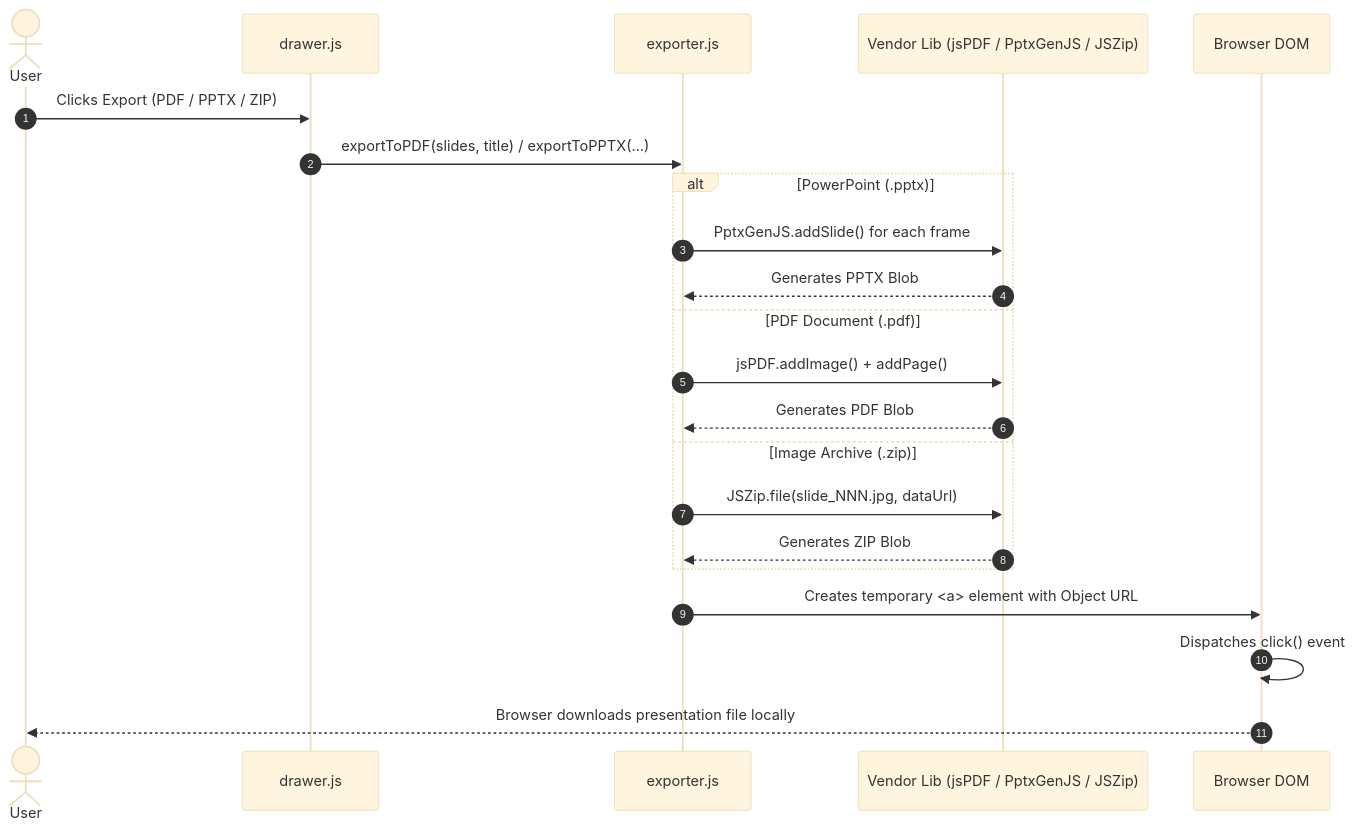
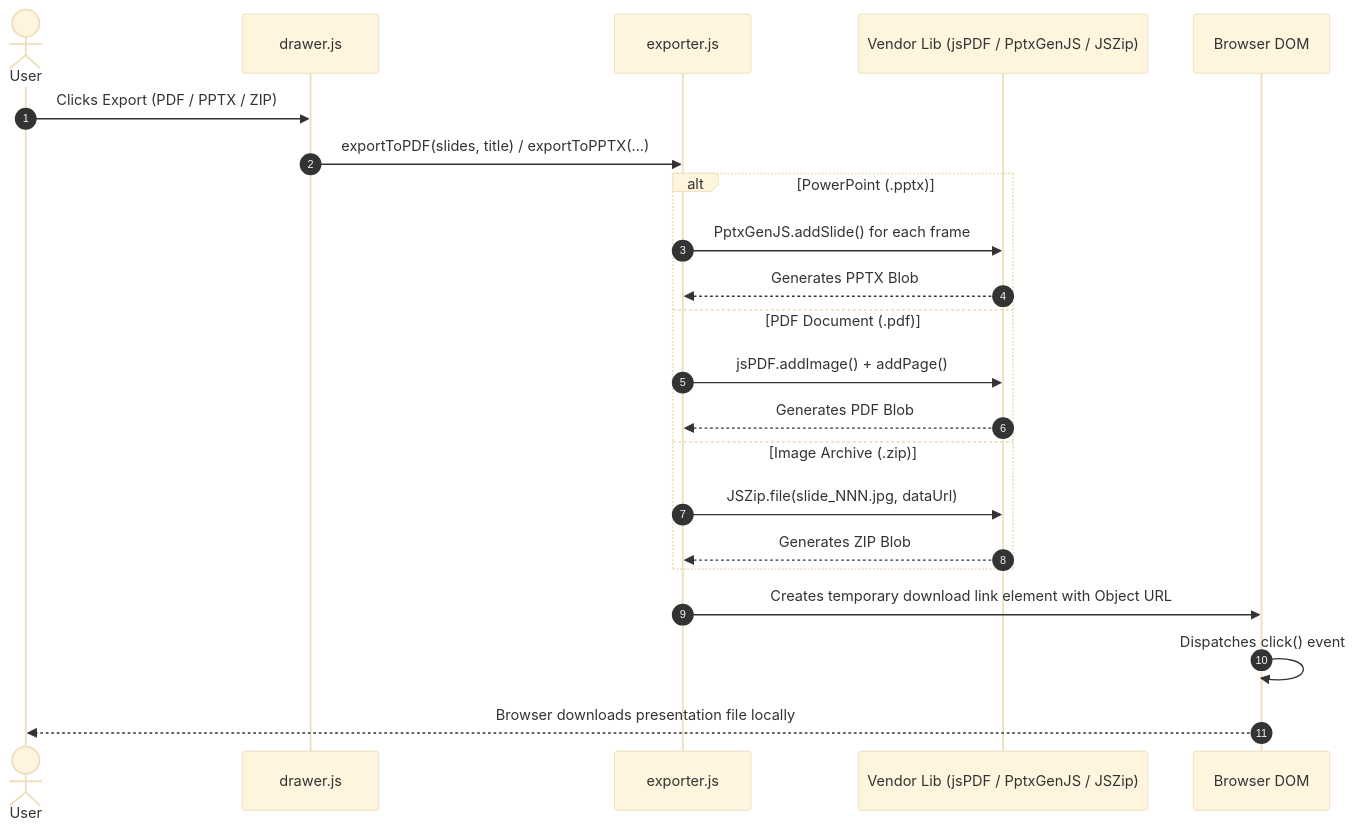
The fourth of 4 diagrams in ARCHITECTURE.md (ashmitiscool/yt-to-pdf), drawn with Mermaid (base theme) before and after one commit. The commit also changed other lines of this file, not shown here.

Commit message:
bugfix: Architecture Component Diagram not rendering properly fixed

````diff
--- a/ARCHITECTURE.md
+++ b/ARCHITECTURE.md
@@ -278,27 +278,27 @@
 ```mermaid
 sequenceDiagram
     autonumber
     actor User
     participant DRW as drawer.js
     participant EXP as exporter.js
     participant VEND as Vendor Lib (jsPDF / PptxGenJS / JSZip)
     participant DOM as Browser DOM
 
     User->>DRW: Clicks Export (PDF / PPTX / ZIP)
     DRW->>EXP: exportToPDF(slides, title) / exportToPPTX(...)
     
     alt PowerPoint (.pptx)
         EXP->>VEND: PptxGenJS.addSlide() for each frame
         VEND-->>EXP: Generates PPTX Blob
     else PDF Document (.pdf)
         EXP->>VEND: jsPDF.addImage() + addPage()
         VEND-->>EXP: Generates PDF Blob
     else Image Archive (.zip)
         EXP->>VEND: JSZip.file(slide_NNN.jpg, dataUrl)
         VEND-->>EXP: Generates ZIP Blob
     end
 
-    EXP->>DOM: Creates temporary <a> element with Object URL
+    EXP->>DOM: Creates temporary download link element with Object URL
     DOM->>DOM: Dispatches click() event
     DOM-->>User: Browser downloads presentation file locally
 ```
````
